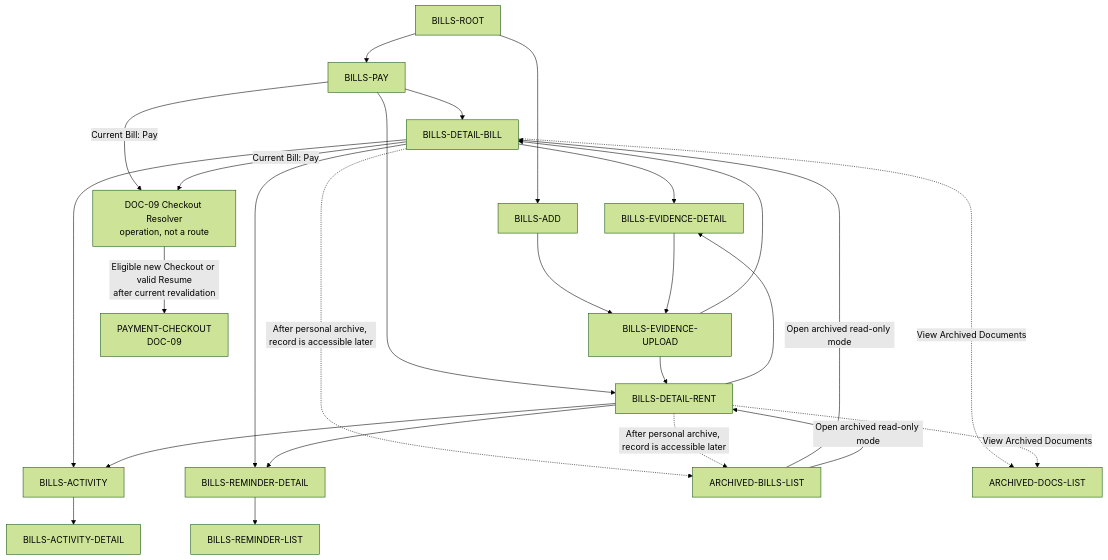
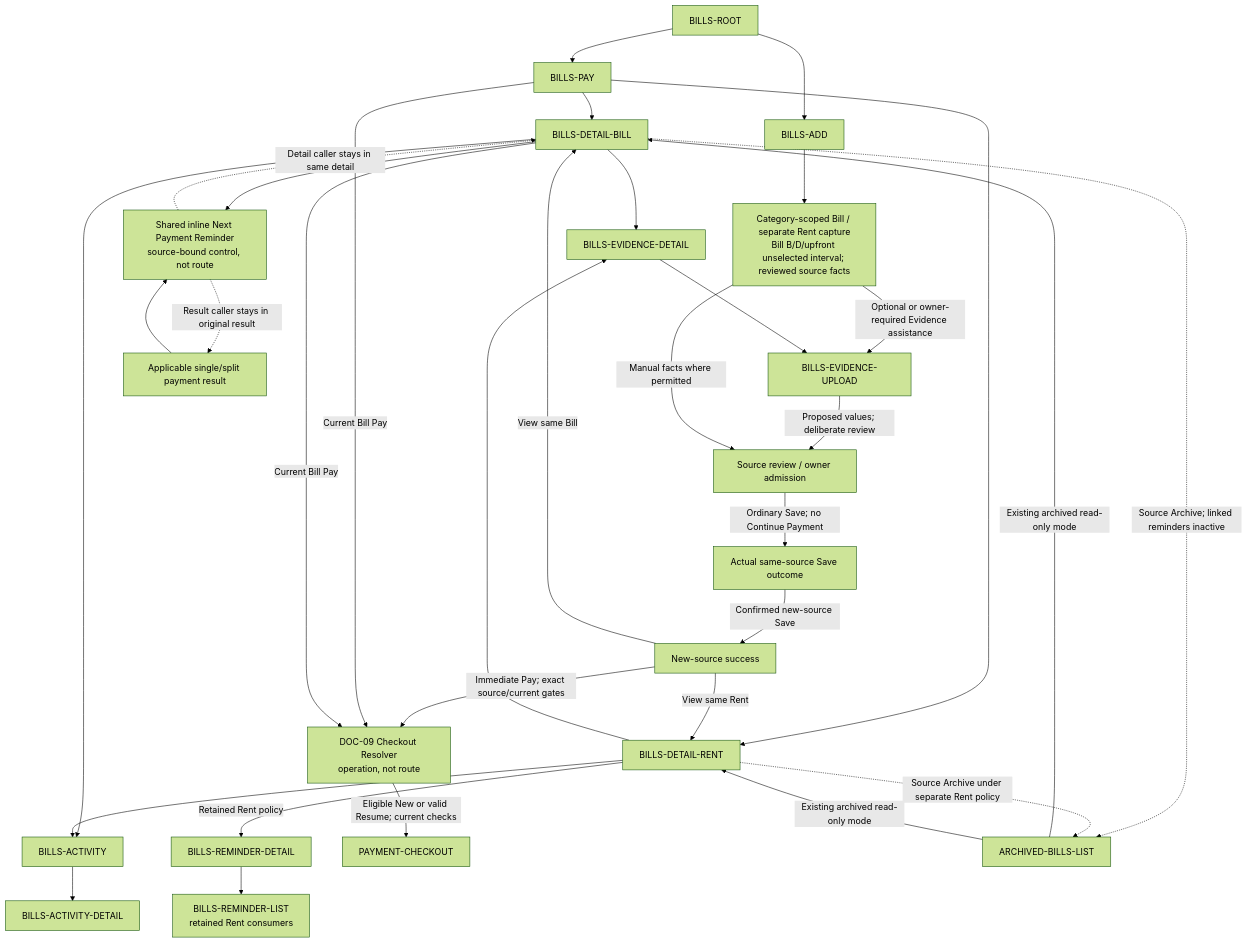
Before and after one commit to adminpayplus/payplus-docs: the diagram in docs/diagrams/routes/payplus-bills-route-map.md, drawn with Mermaid (forest theme). The commit also changed other lines of this file and 25 other files, not shown here.

````diff
--- a/docs/diagrams/routes/payplus-bills-route-map.md
+++ b/docs/diagrams/routes/payplus-bills-route-map.md
@@ -13,35 +13,35 @@
 ```mermaid
 flowchart TD
   ROOT["BILLS-ROOT"] --> PAY["BILLS-PAY"]
   ROOT --> ADD["BILLS-ADD"]
-
   PAY --> DETAILB["BILLS-DETAIL-BILL"]
   PAY --> DETAILR["BILLS-DETAIL-RENT"]
-
-  ADD --> UPLOAD["BILLS-EVIDENCE-UPLOAD"]
-  UPLOAD --> DETAILB
-  UPLOAD --> DETAILR
-
+  ADD --> CAPTURE["Category-scoped Bill / separate Rent capture<br/>Bill B/D/upfront unselected interval; reviewed source facts"]
+  CAPTURE -->|"Optional or owner-required Evidence assistance"| UPLOAD["BILLS-EVIDENCE-UPLOAD"]
+  UPLOAD -->|"Proposed values; deliberate review"| REVIEW["Source review / owner admission"]
+  CAPTURE -->|"Manual facts where permitted"| REVIEW
+  REVIEW -->|"Ordinary Save; no Continue Payment"| SAVERES["Actual same-source Save outcome"]
+  SAVERES -->|"Confirmed new-source Save"| SUCCESS["New-source success"]
+  SUCCESS -->|"View same Bill"| DETAILB
+  SUCCESS -->|"View same Rent"| DETAILR
+  SUCCESS -->|"Immediate Pay; exact source/current gates"| BILLRES["DOC-09 Checkout Resolver<br/>operation, not route"]
   DETAILB --> ACTIVITY["BILLS-ACTIVITY"]
   DETAILR --> ACTIVITY
   ACTIVITY --> ACTIVITYDETAIL["BILLS-ACTIVITY-DETAIL"]
-
   DETAILB --> EVIDENCE["BILLS-EVIDENCE-DETAIL"]
   DETAILR --> EVIDENCE
   EVIDENCE --> UPLOAD
-
-  DETAILB --> REMINDER["BILLS-REMINDER-DETAIL"]
-  DETAILR --> REMINDER
-  REMINDER --> REMINDERLIST["BILLS-REMINDER-LIST"]
-
-  PAY -->|"Current Bill: Pay"| BILLRES["DOC-09 Checkout Resolver<br/>operation, not a route"]
-  DETAILB -->|"Current Bill: Pay"| BILLRES
-  BILLRES -->|"Eligible new Checkout or valid Resume<br/>after current revalidation"| CHECKOUT["PAYMENT-CHECKOUT<br/>DOC-09"]
-
-  DETAILB -. "After personal archive, record is accessible later" .-> ARCHIVE["ARCHIVED-BILLS-LIST"]
-  DETAILR -. "After personal archive, record is accessible later" .-> ARCHIVE
-  ARCHIVE -->|"Open archived read-only mode"| DETAILB
-  ARCHIVE -->|"Open archived read-only mode"| DETAILR
-  DETAILB -. "View Archived Documents" .-> ARCHIVEDDOCS["ARCHIVED-DOCS-LIST"]
-  DETAILR -. "View Archived Documents" .-> ARCHIVEDDOCS
+  DETAILB --> INLINE["Shared inline Next Payment Reminder<br/>source-bound control, not route"]
+  RESULT["Applicable single/split payment result"] --> INLINE
+  INLINE -. "Detail caller stays in same detail" .-> DETAILB
+  INLINE -. "Result caller stays in original result" .-> RESULT
+  DETAILR -->|"Retained Rent policy"| REMINDER["BILLS-REMINDER-DETAIL"]
+  REMINDER --> REMINDERLIST["BILLS-REMINDER-LIST<br/>retained Rent consumers"]
+  PAY -->|"Current Bill Pay"| BILLRES
+  DETAILB -->|"Current Bill Pay"| BILLRES
+  BILLRES -->|"Eligible New or valid Resume; current checks"| CHECKOUT["PAYMENT-CHECKOUT"]
+  DETAILB -. "Source Archive; linked reminders inactive" .-> ARCHIVE["ARCHIVED-BILLS-LIST"]
+  DETAILR -. "Source Archive under separate Rent policy" .-> ARCHIVE
+  ARCHIVE -->|"Existing archived read-only mode"| DETAILB
+  ARCHIVE -->|"Existing archived read-only mode"| DETAILR
 ```
````
